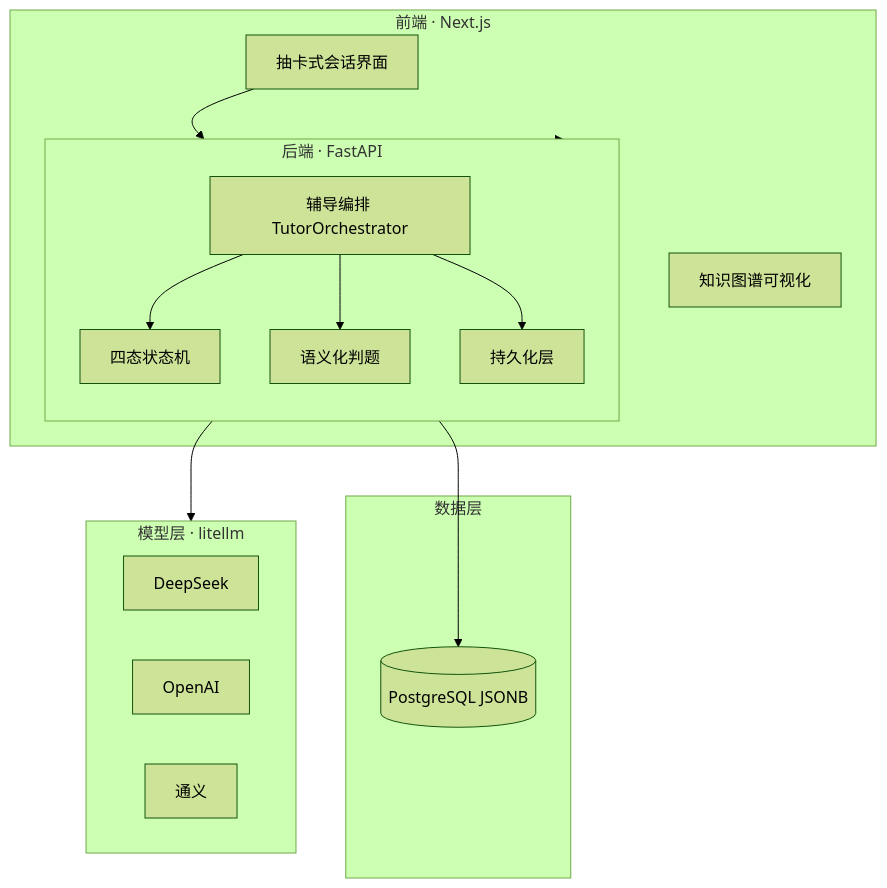
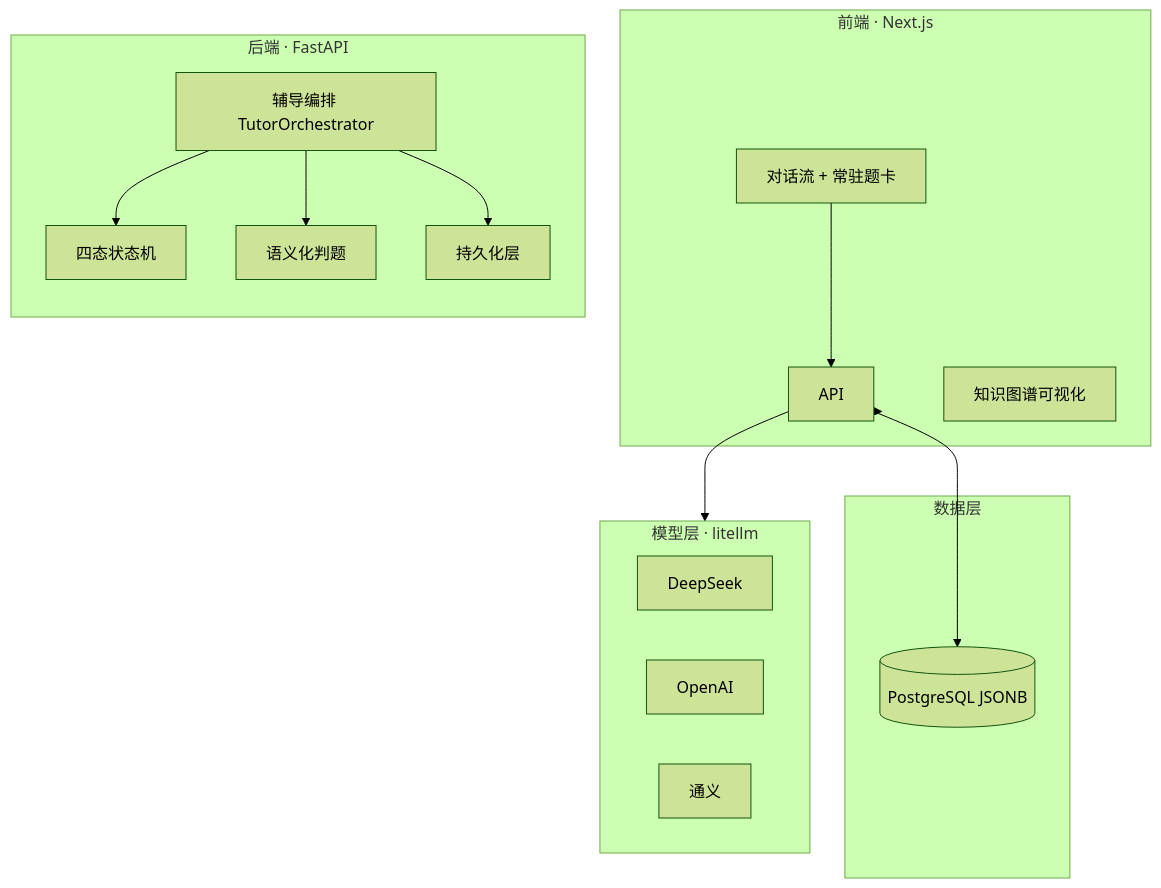
The third of 3 diagrams in README.md (echo804/AdaptTutor), drawn with Mermaid (forest theme) before and after one commit. The commit also changed other lines of this file, not shown here.

````diff
--- a/README.md
+++ b/README.md
@@ -150,28 +228,24 @@
 ```mermaid
 flowchart TB
-    subgraph Web[前端 · Next.js]
-        UI[抽卡式会话界面] --> API
-        GRAPH[知识图谱可视化]
+    subgraph Web["前端 · Next.js"]
+        UI["对话流 + 常驻题卡"] --> API
+        GRAPH["知识图谱可视化"]
     end
-    subgraph API[后端 · FastAPI]
+    subgraph BE["后端 · FastAPI"]
         direction TB
-        ORCH[辅导编排 TutorOrchestrator]
-        SM[四态状态机]
-        EVAL[语义化判题]
-        REPO[持久化层]
-        ORCH --> SM
-        ORCH --> EVAL
-        ORCH --> REPO
+        ORCH["辅导编排 TutorOrchestrator"] --> SM["四态状态机"]
+        ORCH --> EVAL["语义化判题"]
+        ORCH --> REPO["持久化层"]
     end
-    subgraph DATA[数据层]
-        PG[(PostgreSQL JSONB)]
+    subgraph DATA["数据层"]
+        PG[("PostgreSQL JSONB")]
     end
-    subgraph LLM[模型层 · litellm]
+    subgraph LLM["模型层 · litellm"]
         DS[DeepSeek]
         OAI[OpenAI]
         QW[通义]
     end
     API --> PG
     API --> LLM
     Web --> API
 ```
````
